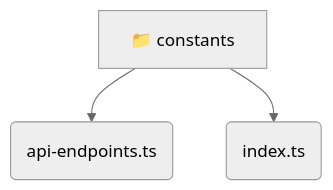
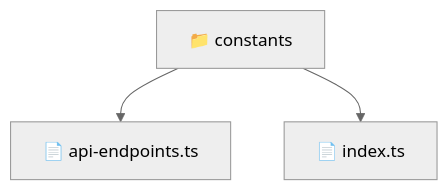
One commit to beginwebdev2002/fullstack-mavluda changed the diagram in frontend/src/core/constants/README.md. Above: the diagram before and after it, drawn with Mermaid (neutral theme). The commit also changed other lines of this file and 163 other files, not shown here.

````diff
--- a/frontend/src/core/constants/README.md
+++ b/frontend/src/core/constants/README.md
@@ -9,6 +9,6 @@
 ```mermaid
 graph TD
-  constants[📁 constants]
-  constants --> constants_api_endpoints_ts(api-endpoints.ts)
-  constants --> constants_index_ts(index.ts)
+  Root["📁 constants"]
+  Root --> apiendpointsts["📄 api-endpoints.ts"]
+  Root --> indexts["📄 index.ts"]
 ```
````
